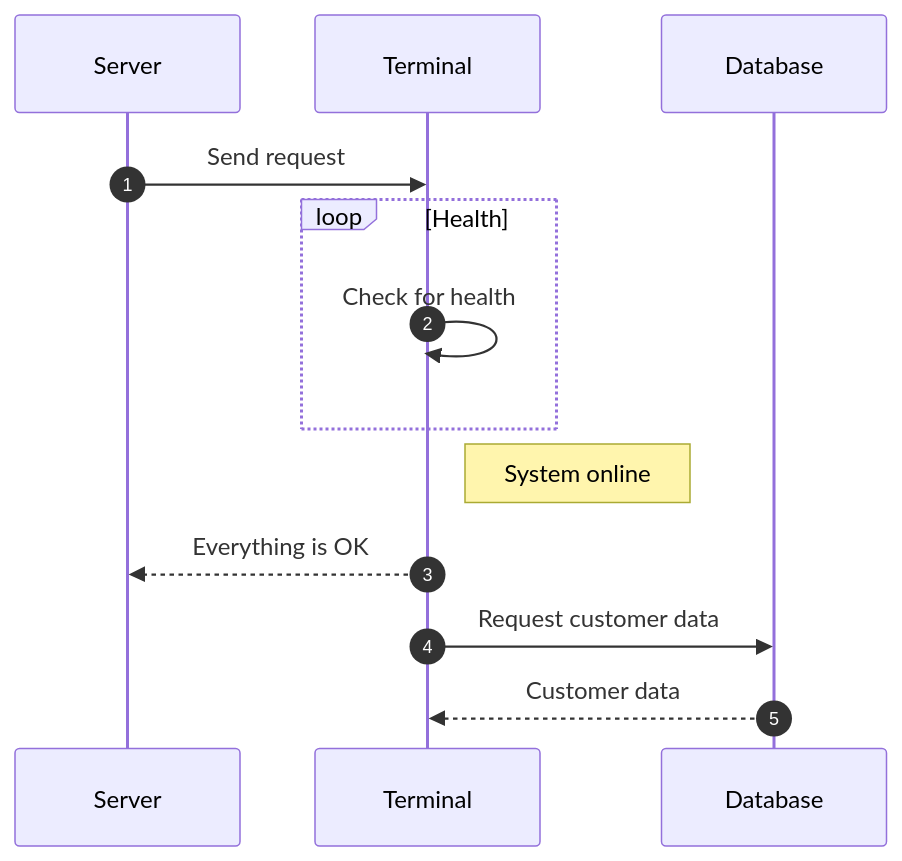
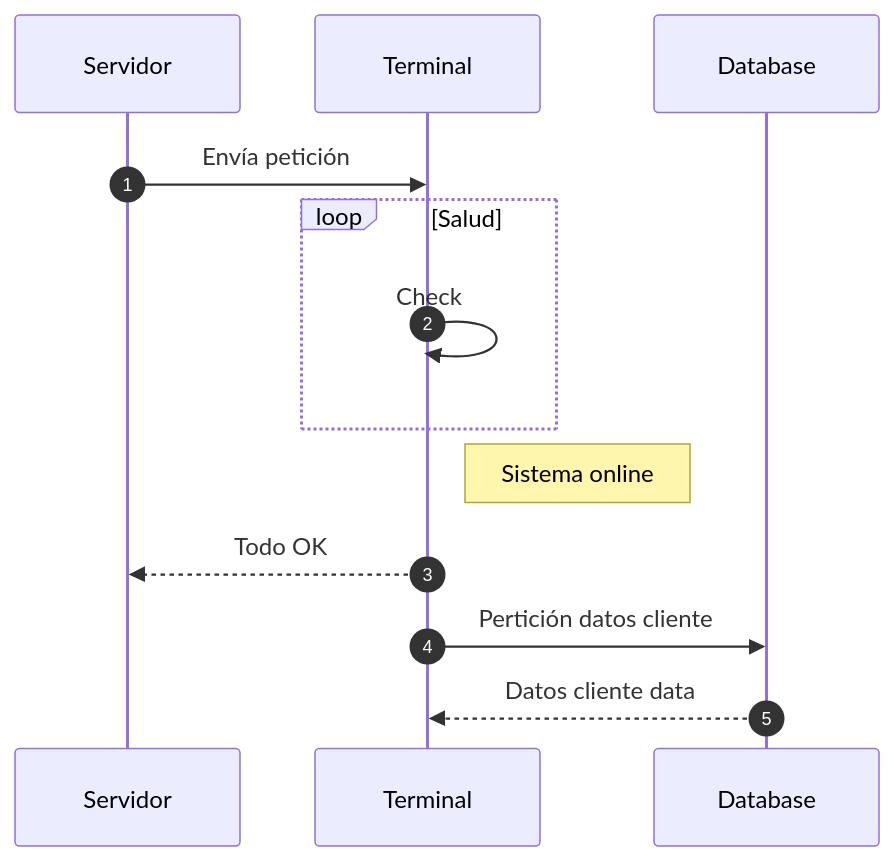
One commit to moabdib2000/moabdib2000.github.io changed the diagram in docs/Diagrama_peticion_BD.md. Above: the diagram before and after it, drawn with Mermaid. The commit also changed other lines of this file and 3 other files, not shown here.

````diff
--- a/docs/Diagrama_peticion_BD.md
+++ b/docs/Diagrama_peticion_BD.md
@@ -2,12 +5,12 @@
 ```mermaid
 sequenceDiagram
   autonumber
-  Server->>Terminal: Send request
-  loop Health
-      Terminal->>Terminal: Check for health
+  Servidor->>Terminal: Envía petición
+  loop Salud
+      Terminal->>Terminal: Check
   end
-  Note right of Terminal: System online
-  Terminal-->>Server: Everything is OK
-  Terminal->>Database: Request customer data
-  Database-->>Terminal: Customer data
+  Note right of Terminal: Sistema online
+  Terminal-->>Servidor: Todo OK
+  Terminal->>Database: Pertición datos cliente
+  Database-->>Terminal: Datos cliente data
 ```
````
